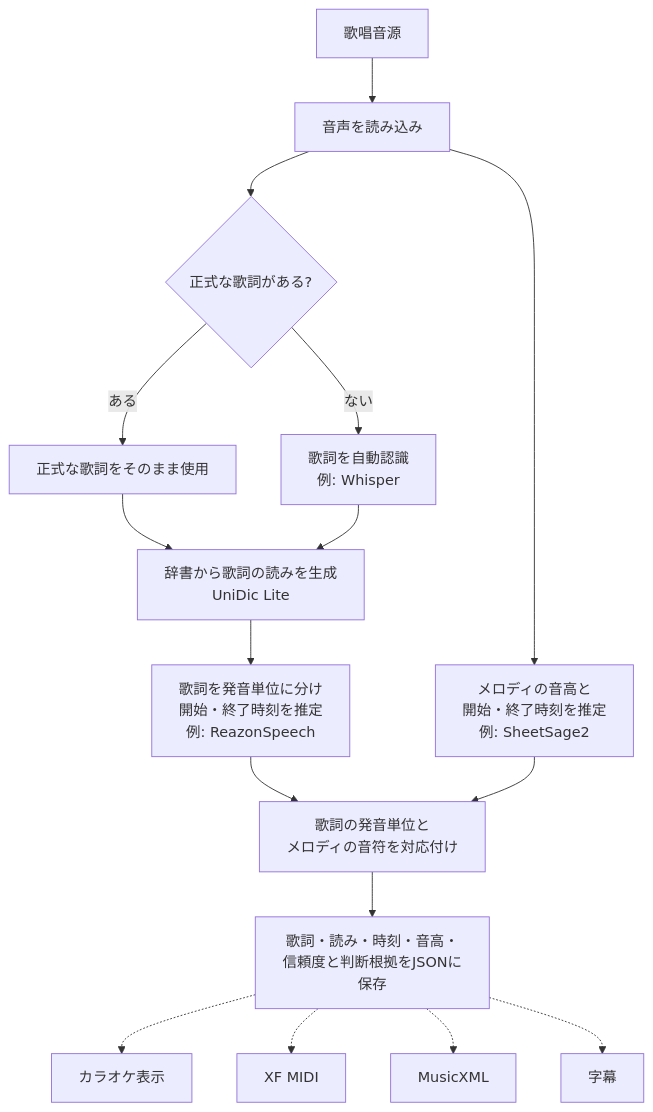
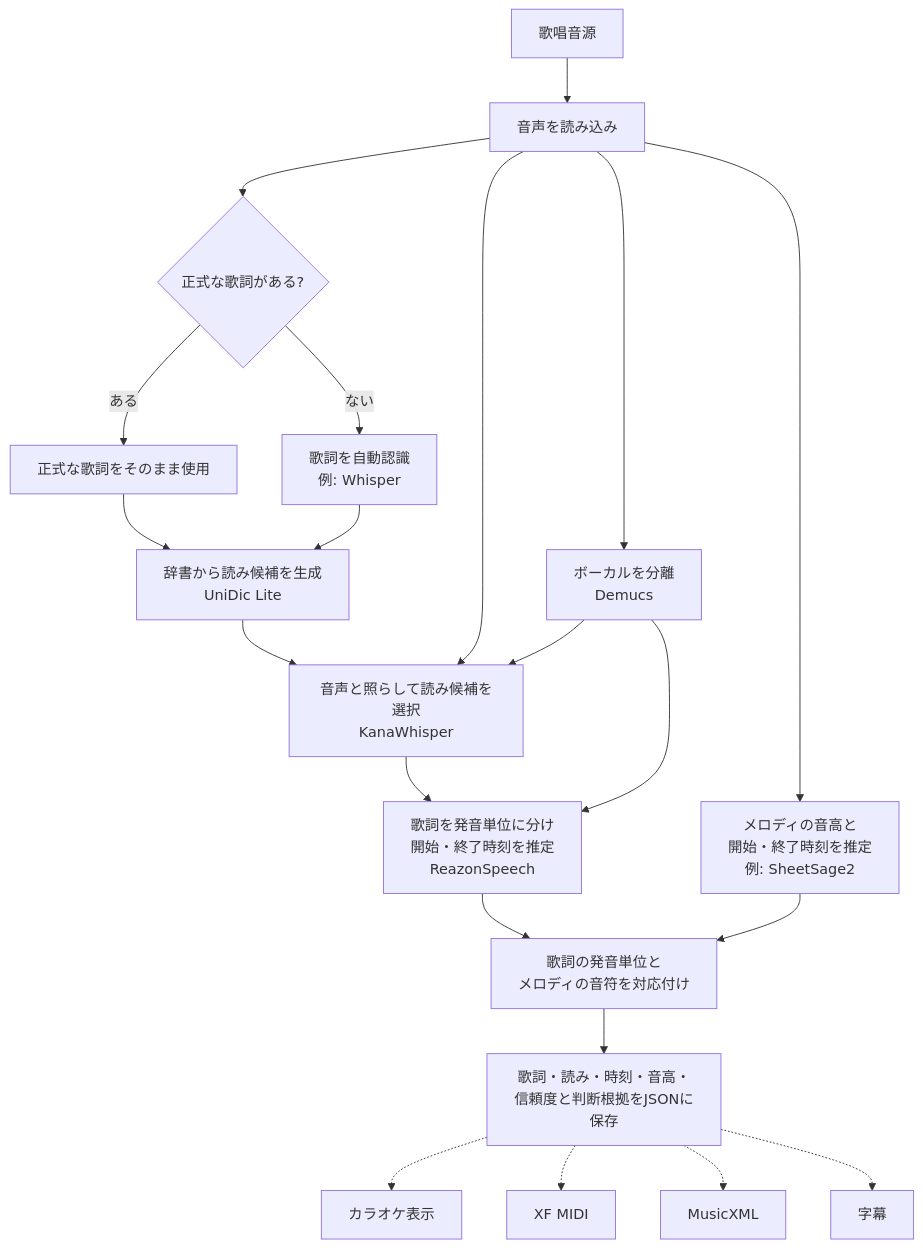
One commit to jiroshimaya/soramimic-score changed the diagram in README.md. Above: the diagram before and after it, drawn with Mermaid. The commit also changed other lines of this file and 13 other files, not shown here.

````diff
--- a/README.md
+++ b/README.md
@@ -10,21 +10,26 @@
 ```mermaid
 flowchart TD
     A["歌唱音源"] --> B["音声を読み込み"]
+    B --> V["ボーカルを分離<br/>Demucs"]
     B --> C{"正式な歌詞がある?"}
     C -- ある --> D["正式な歌詞をそのまま使用"]
     C -- ない --> E["歌詞を自動認識<br/>例: Whisper"]
 
-    D --> F["辞書から歌詞の読みを生成<br/>UniDic Lite"]
+    D --> F["辞書から読み候補を生成<br/>UniDic Lite"]
     E --> F
-    F --> G["歌詞を発音単位に分け<br/>開始・終了時刻を推定<br/>例: ReazonSpeech"]
+    F --> R["音声と照らして読み候補を選択<br/>KanaWhisper"]
+    B --> R
+    V --> R
+    R --> G["歌詞を発音単位に分け<br/>開始・終了時刻を推定<br/>ReazonSpeech"]
+    V --> G
 
     B --> H["メロディの音高と<br/>開始・終了時刻を推定<br/>例: SheetSage2"]
     G --> I["歌詞の発音単位と<br/>メロディの音符を対応付け"]
     H --> I
 
     I --> J["歌詞・読み・時刻・音高・<br/>信頼度と判断根拠をJSONに保存"]
     J -.-> K["カラオケ表示"]
     J -.-> L["XF MIDI"]
     J -.-> M["MusicXML"]
     J -.-> N["字幕"]
 ```
````
